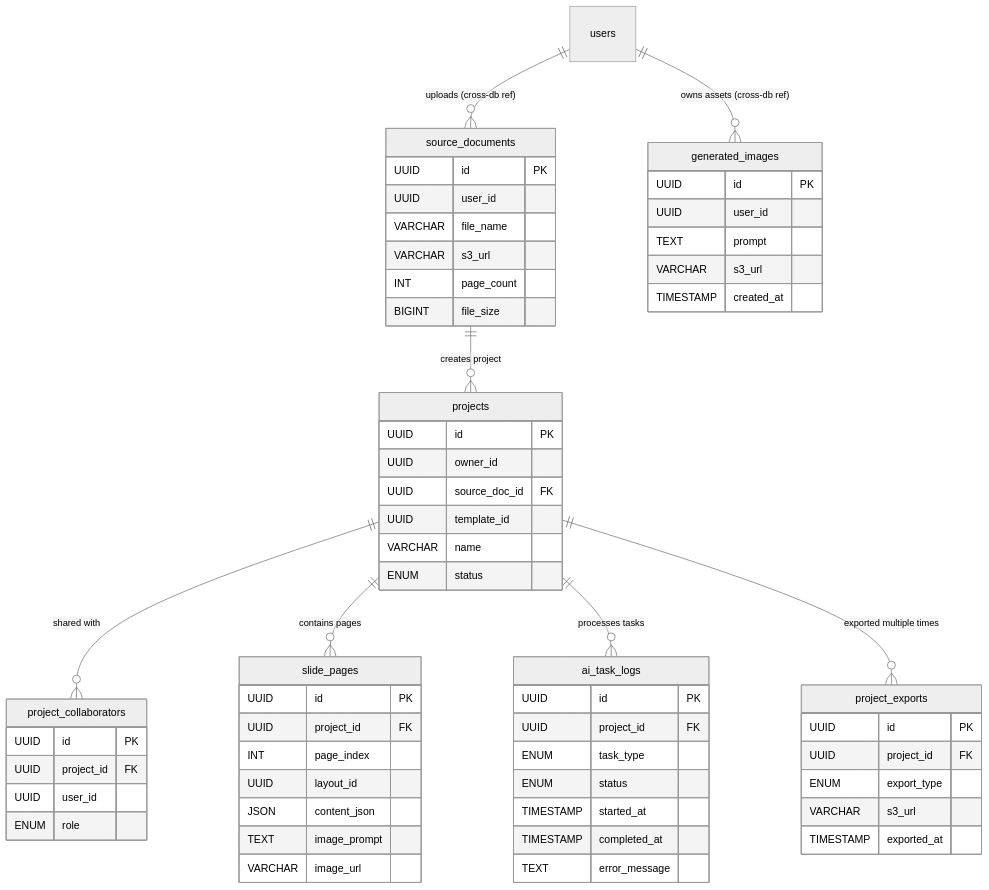
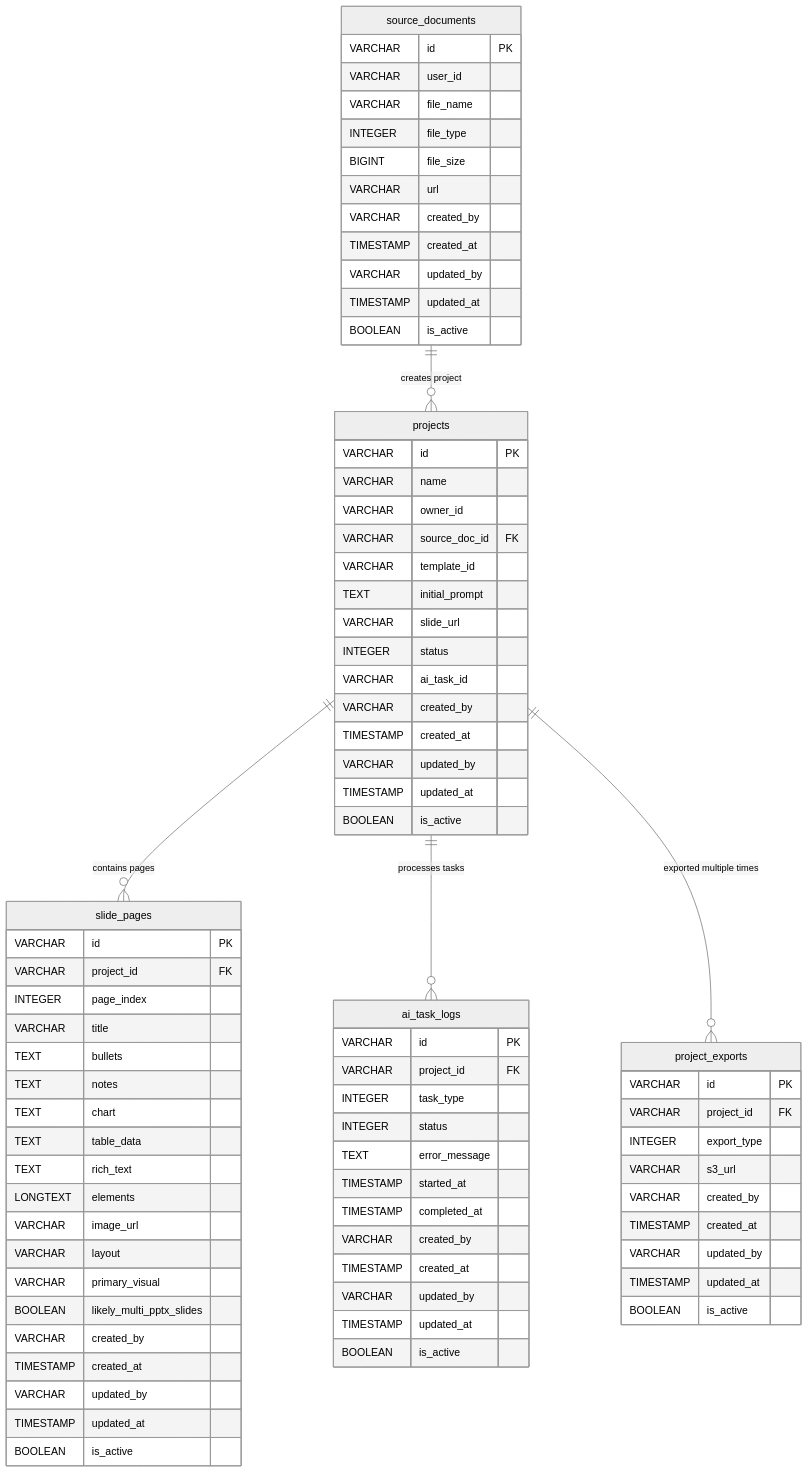
Before and after one commit to ChuNgocThang2704/AI-Slide-Generator: the seventh of 8 diagrams in README.md, drawn with Mermaid (neutral theme). The commit also changed other lines of this file and 74 other files, not shown here.

````diff
--- a/README.md
+++ b/README.md
@@ -611,65 +403,83 @@
 ```mermaid
 erDiagram
-    users ||--o{ source_documents : "uploads (cross-db ref)"
     source_documents ||--o{ projects : "creates project"
-    projects ||--o{ project_collaborators : "shared with"
     projects ||--o{ slide_pages : "contains pages"
     projects ||--o{ ai_task_logs : "processes tasks"
-    users ||--o{ generated_images : "owns assets (cross-db ref)"
     projects ||--o{ project_exports : "exported multiple times"
 
     source_documents {
-        UUID id PK
-        UUID user_id
+        VARCHAR id PK
+        VARCHAR user_id
         VARCHAR file_name
-        VARCHAR s3_url
-        INT page_count
+        INTEGER file_type
         BIGINT file_size
+        VARCHAR url
+        VARCHAR created_by
+        TIMESTAMP created_at
+        VARCHAR updated_by
+        TIMESTAMP updated_at
+        BOOLEAN is_active
     }
     projects {
-        UUID id PK
-        UUID owner_id
-        UUID source_doc_id FK
-        UUID template_id
+        VARCHAR id PK
         VARCHAR name
-        ENUM status
-    }
-    project_collaborators {
-        UUID id PK
-        UUID project_id FK
-        UUID user_id
-        ENUM role
+        VARCHAR owner_id
+        VARCHAR source_doc_id FK
+        VARCHAR template_id
+        TEXT initial_prompt
+        VARCHAR slide_url
+        INTEGER status
+        VARCHAR ai_task_id
+        VARCHAR created_by
+        TIMESTAMP created_at
+        VARCHAR updated_by
+        TIMESTAMP updated_at
+        BOOLEAN is_active
     }
     slide_pages {
-        UUID id PK
-        UUID project_id FK
-        INT page_index
-        UUID layout_id
-        JSON content_json
-        TEXT image_prompt
+        VARCHAR id PK
+        VARCHAR project_id FK
+        INTEGER page_index
+        VARCHAR title
+        TEXT bullets
+        TEXT notes
+        TEXT chart
+        TEXT table_data
+        TEXT rich_text
+        LONGTEXT elements
         VARCHAR image_url
+        VARCHAR layout
+        VARCHAR primary_visual
+        BOOLEAN likely_multi_pptx_slides
+        VARCHAR created_by
+        TIMESTAMP created_at
+        VARCHAR updated_by
+        TIMESTAMP updated_at
+        BOOLEAN is_active
     }
     ai_task_logs {
-        UUID id PK
-        UUID project_id FK
-        ENUM task_type
-        ENUM status
+        VARCHAR id PK
+        VARCHAR project_id FK
+        INTEGER task_type
+        INTEGER status
+        TEXT error_message
         TIMESTAMP started_at
         TIMESTAMP completed_at
-        TEXT error_message
-    }
-    generated_images {
-        UUID id PK
-        UUID user_id
-        TEXT prompt
-        VARCHAR s3_url
+        VARCHAR created_by
         TIMESTAMP created_at
+        VARCHAR updated_by
+        TIMESTAMP updated_at
+        BOOLEAN is_active
     }
     project_exports {
-        UUID id PK
-        UUID project_id FK
-        ENUM export_type
+        VARCHAR id PK
+        VARCHAR project_id FK
+        INTEGER export_type
         VARCHAR s3_url
-        TIMESTAMP exported_at
+        VARCHAR created_by
+        TIMESTAMP created_at
+        VARCHAR updated_by
+        TIMESTAMP updated_at
+        BOOLEAN is_active
     }
 ```
````
